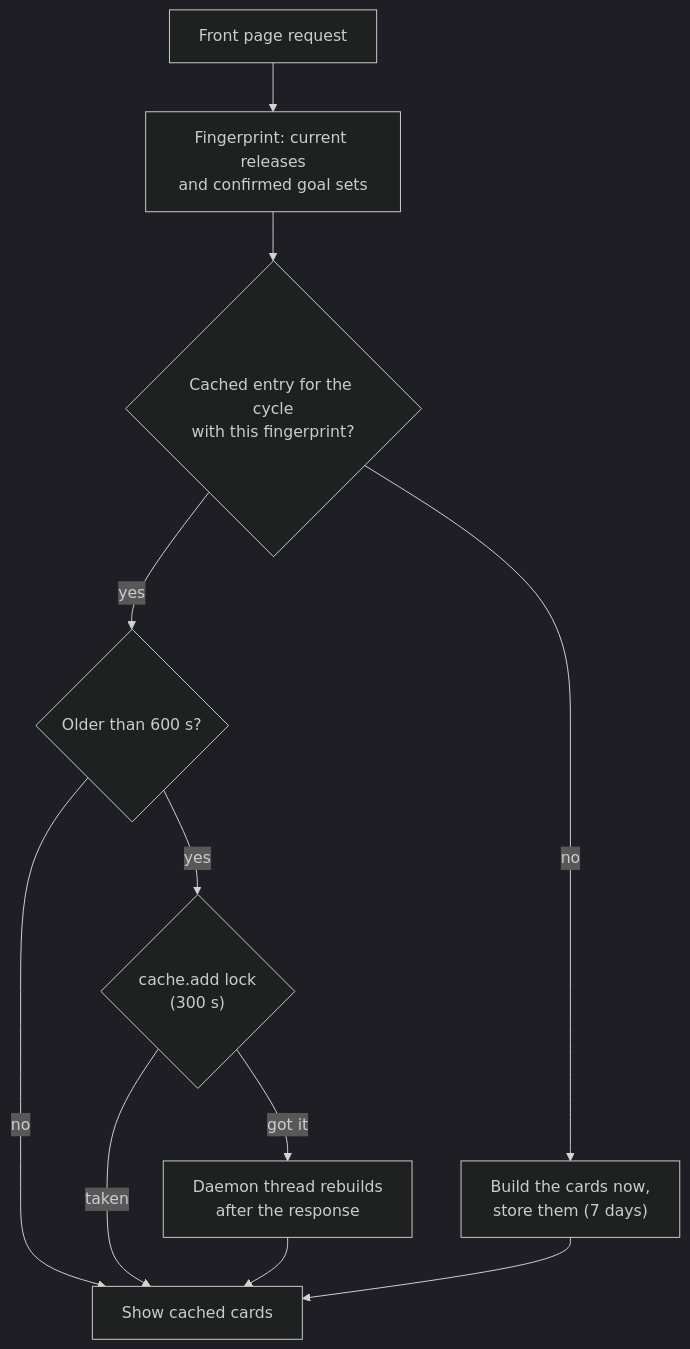
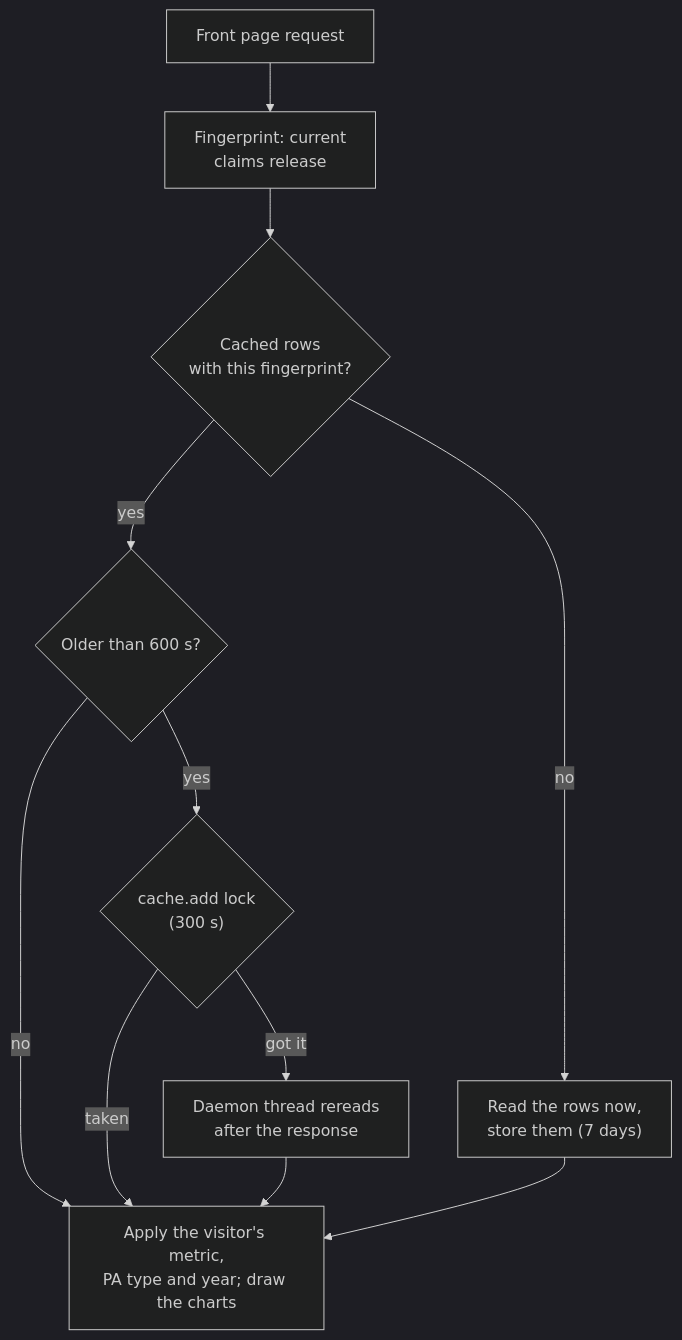
Diagram 23 of 23 in docs/ARCHITECTURE_AS_BUILT.md (JRichardson-PGE/CEDARS-Platform), drawn with Mermaid (dark theme) before and after one commit. The commit also changed other lines of this file and 10 other files, not shown here.

First line of the commit message:
Front page: how the portfolio is doing, year by year

````diff
--- a/docs/ARCHITECTURE_AS_BUILT.md
+++ b/docs/ARCHITECTURE_AS_BUILT.md
@@ -1237,13 +1239,13 @@
 ```mermaid
 flowchart TD
-  visit["Front page request"] --> fp["Fingerprint: current releases<br/>and confirmed goal sets"]
-  fp --> get{"Cached entry for the cycle<br/>with this fingerprint?"}
-  get -- "no" --> build["Build the cards now,<br/>store them (7 days)"]
+  visit["Front page request"] --> fp["Fingerprint: current<br/>claims release"]
+  fp --> get{"Cached rows<br/>with this fingerprint?"}
+  get -- "no" --> build["Read the rows now,<br/>store them (7 days)"]
   get -- "yes" --> age{"Older than 600 s?"}
-  age -- "no" --> show["Show cached cards"]
+  age -- "no" --> show["Apply the visitor's metric,<br/>PA type and year; draw the charts"]
   age -- "yes" --> lock{"cache.add lock<br/>(300 s)"}
   lock -- "taken" --> show
-  lock -- "got it" --> thread["Daemon thread rebuilds<br/>after the response"]
+  lock -- "got it" --> thread["Daemon thread rereads<br/>after the response"]
   thread --> show
   build --> show
 ```
````
